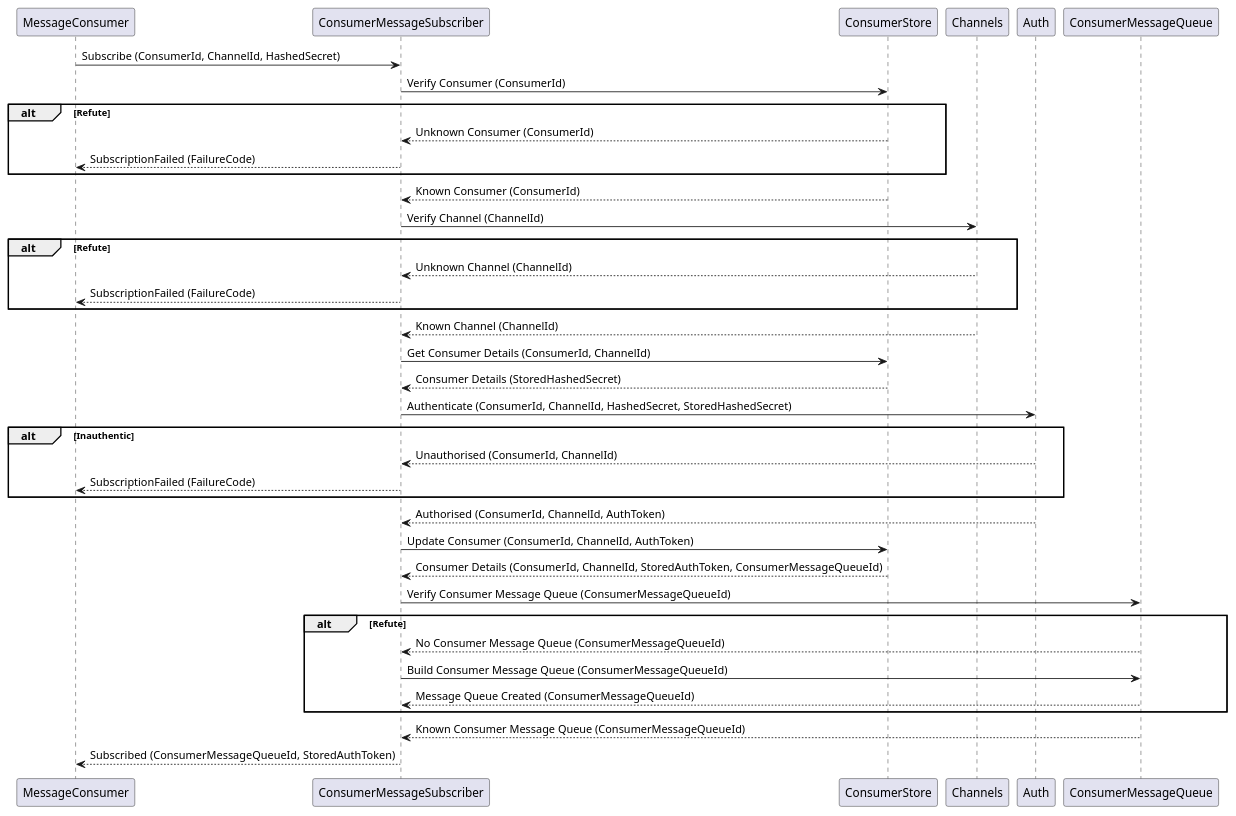
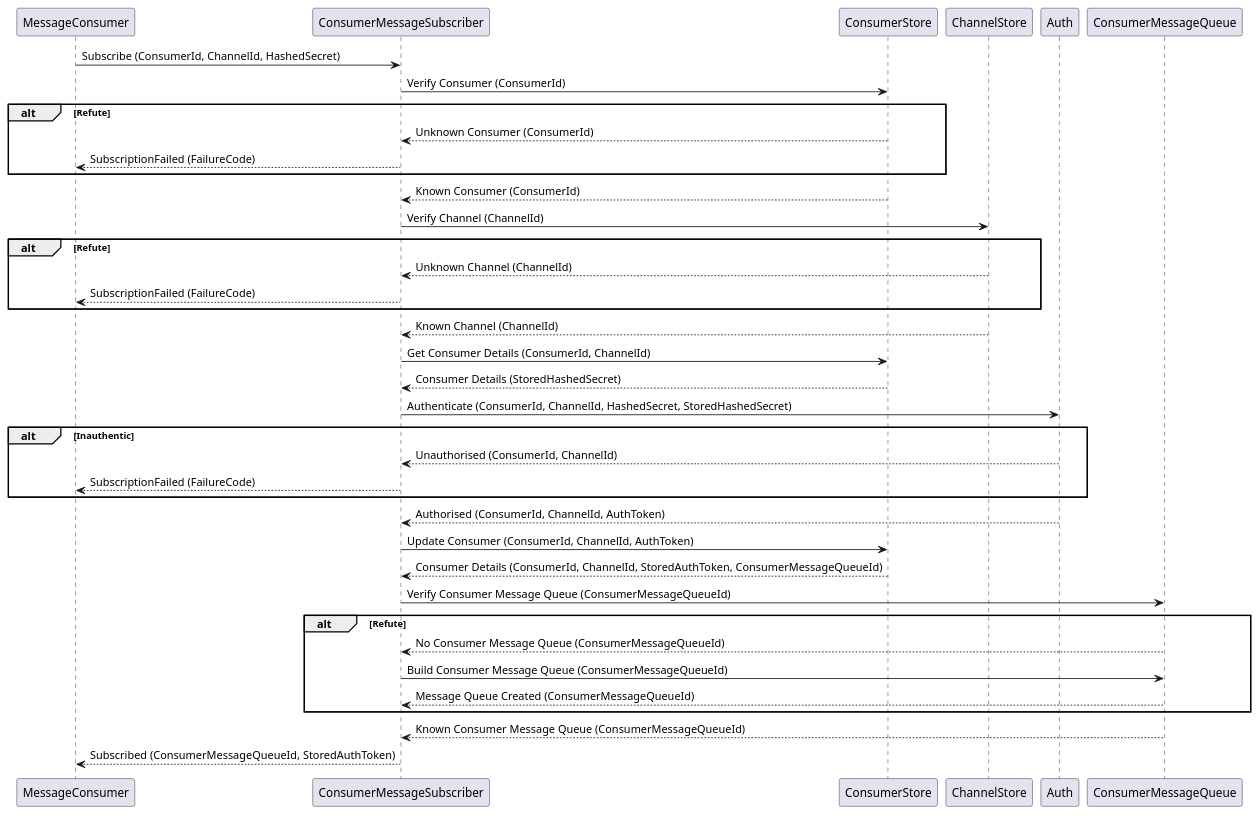
The diagram in docs/diagrams/src/consumer-subscription.wsd (marchuanv/pulsyflux), drawn with PlantUML before and after one commit. The commit also changed 1 other file, not shown here.

```diff
--- a/docs/diagrams/src/consumer-subscription.wsd
+++ b/docs/diagrams/src/consumer-subscription.wsd
@@ -1,33 +1,33 @@
 @startuml ConsumerSubscription
 MessageConsumer -> ConsumerMessageSubscriber: Subscribe (ConsumerId, ChannelId, HashedSecret)
 ConsumerMessageSubscriber -> ConsumerStore: Verify Consumer (ConsumerId)
 alt Refute
     ConsumerStore --> ConsumerMessageSubscriber: Unknown Consumer (ConsumerId)
     ConsumerMessageSubscriber --> MessageConsumer: SubscriptionFailed (FailureCode)
 end
 ConsumerStore --> ConsumerMessageSubscriber: Known Consumer (ConsumerId)
-ConsumerMessageSubscriber -> Channels: Verify Channel (ChannelId)
+ConsumerMessageSubscriber -> ChannelStore: Verify Channel (ChannelId)
 alt Refute
-    Channels --> ConsumerMessageSubscriber: Unknown Channel (ChannelId)
+    ChannelStore --> ConsumerMessageSubscriber: Unknown Channel (ChannelId)
     ConsumerMessageSubscriber --> MessageConsumer: SubscriptionFailed (FailureCode)
 end
-Channels --> ConsumerMessageSubscriber: Known Channel (ChannelId)
+ChannelStore --> ConsumerMessageSubscriber: Known Channel (ChannelId)
 ConsumerMessageSubscriber -> ConsumerStore: Get Consumer Details (ConsumerId, ChannelId)
 ConsumerStore --> ConsumerMessageSubscriber: Consumer Details (StoredHashedSecret)
 ConsumerMessageSubscriber -> Auth: Authenticate (ConsumerId, ChannelId, HashedSecret, StoredHashedSecret)
 alt Inauthentic
     Auth --> ConsumerMessageSubscriber: Unauthorised (ConsumerId, ChannelId)
     ConsumerMessageSubscriber --> MessageConsumer: SubscriptionFailed (FailureCode)
 end
 Auth --> ConsumerMessageSubscriber: Authorised (ConsumerId, ChannelId, AuthToken)
 ConsumerMessageSubscriber -> ConsumerStore: Update Consumer (ConsumerId, ChannelId, AuthToken)
 ConsumerStore --> ConsumerMessageSubscriber: Consumer Details (ConsumerId, ChannelId, StoredAuthToken, ConsumerMessageQueueId)
 ConsumerMessageSubscriber -> ConsumerMessageQueue: Verify Consumer Message Queue (ConsumerMessageQueueId)
 alt Refute
     ConsumerMessageQueue --> ConsumerMessageSubscriber: No Consumer Message Queue (ConsumerMessageQueueId)
     ConsumerMessageSubscriber -> ConsumerMessageQueue: Build Consumer Message Queue (ConsumerMessageQueueId)
     ConsumerMessageQueue --> ConsumerMessageSubscriber: Message Queue Created (ConsumerMessageQueueId)
 end
 ConsumerMessageQueue --> ConsumerMessageSubscriber: Known Consumer Message Queue (ConsumerMessageQueueId)
 ConsumerMessageSubscriber --> MessageConsumer: Subscribed (ConsumerMessageQueueId, StoredAuthToken)
 @enduml
```
